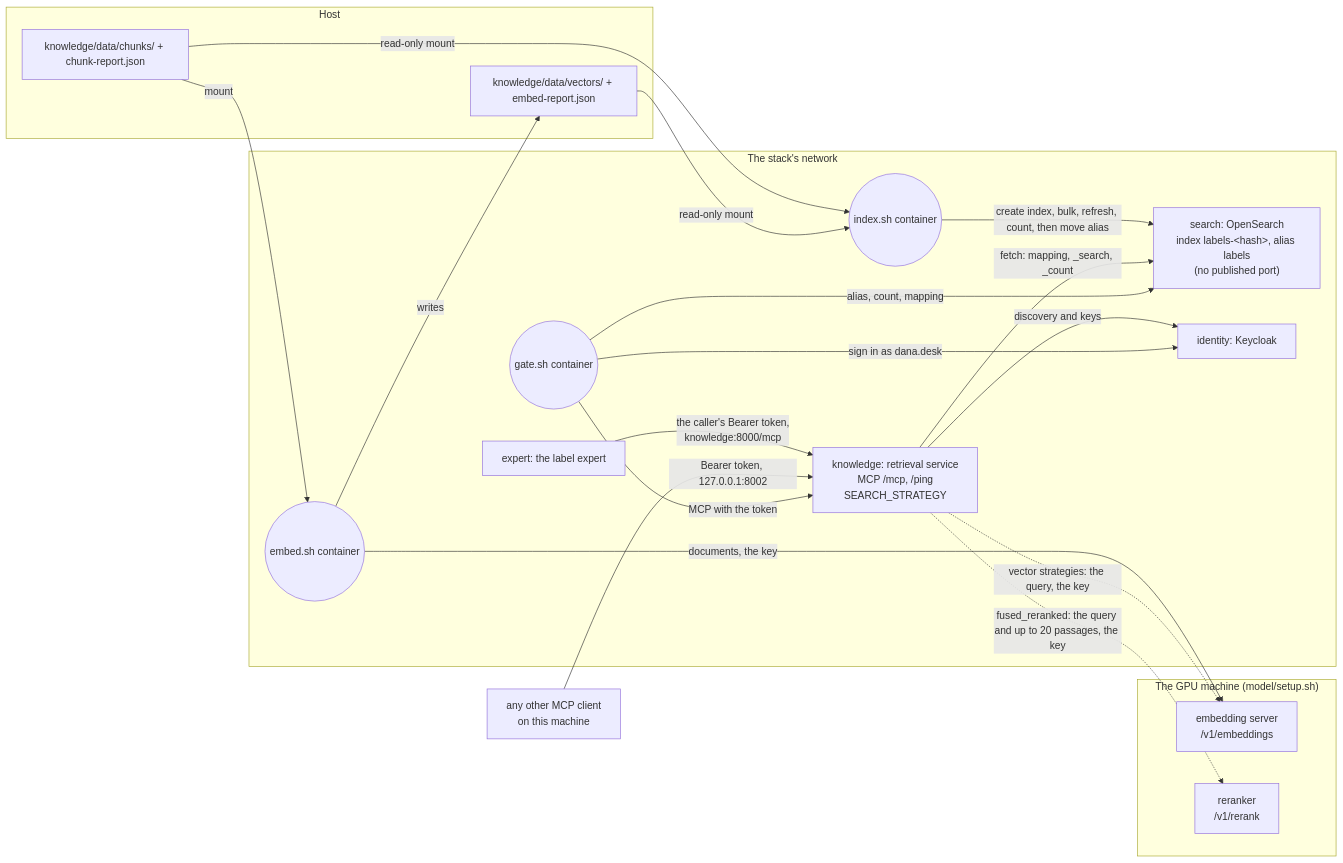
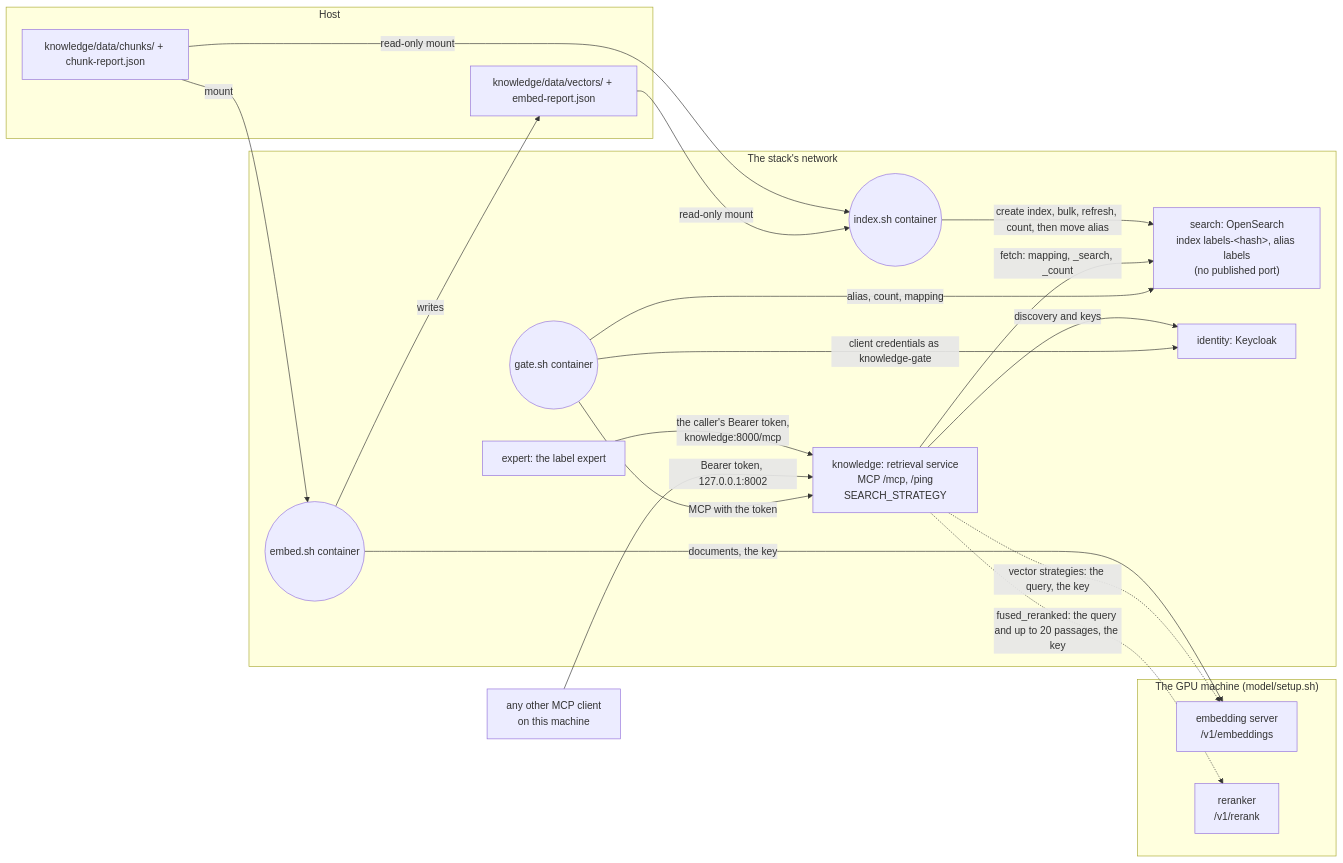
The fifth of 5 diagrams in docs/architecture/knowledge.md (AndrewPHunter/ai-on-aws), drawn with Mermaid before and after one commit. The commit also changed other lines of this file and 12 other files, not shown here.

First line of the commit message:
Identity: the evaluation harness and the knowledge gate get their tokens as their own clients

````diff
--- a/docs/architecture/knowledge.md
+++ b/docs/architecture/knowledge.md
@@ -138,36 +138,36 @@
 ```mermaid
 flowchart LR
     subgraph Host
         CK["knowledge/data/chunks/ + chunk-report.json"]
         VK["knowledge/data/vectors/ + embed-report.json"]
     end
     subgraph Net["The stack's network"]
         EX(("embed.sh container"))
         IX(("index.sh container"))
         OS["search: OpenSearch<br/>index labels-&lt;hash&gt;, alias labels<br/>(no published port)"]
         RS["knowledge: retrieval service<br/>MCP /mcp, /ping<br/>SEARCH_STRATEGY"]
         ID["identity: Keycloak"]
         GT(("gate.sh container"))
         AG["expert: the label expert"]
     end
     subgraph GPU["The GPU machine (model/setup.sh)"]
         EM["embedding server<br/>/v1/embeddings"]
         RR["reranker<br/>/v1/rerank"]
     end
     MC["any other MCP client<br/>on this machine"]
     CK -- "mount" --> EX
     EX -- "documents, the key" --> EM
     EX -- "writes" --> VK
     CK -- "read-only mount" --> IX
     VK -- "read-only mount" --> IX
     IX -- "create index, bulk, refresh, count, then move alias" --> OS
     AG -- "the caller's Bearer token,<br/>knowledge:8000/mcp" --> RS
     MC -- "Bearer token, 127.0.0.1:8002" --> RS
     RS -- "discovery and keys" --> ID
     RS -- "fetch: mapping, _search, _count" --> OS
     RS -. "vector strategies: the query, the key" .-> EM
     RS -. "fused_reranked: the query and up to 20 passages, the key" .-> RR
-    GT -- "sign in as dana.desk" --> ID
+    GT -- "client credentials as knowledge-gate" --> ID
     GT -- "MCP with the token" --> RS
     GT -- "alias, count, mapping" --> OS
 ```
````
